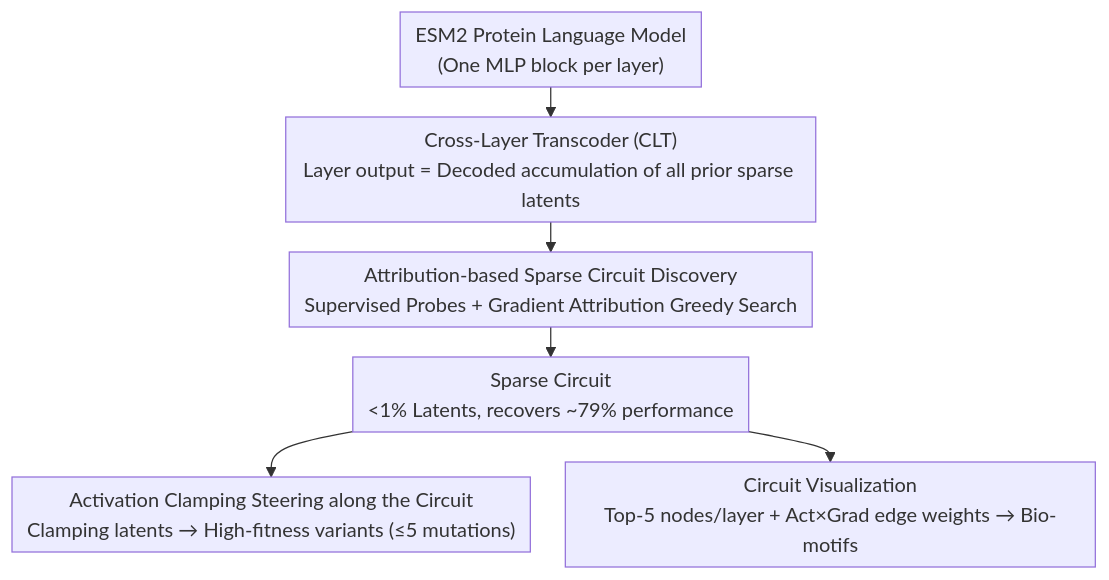
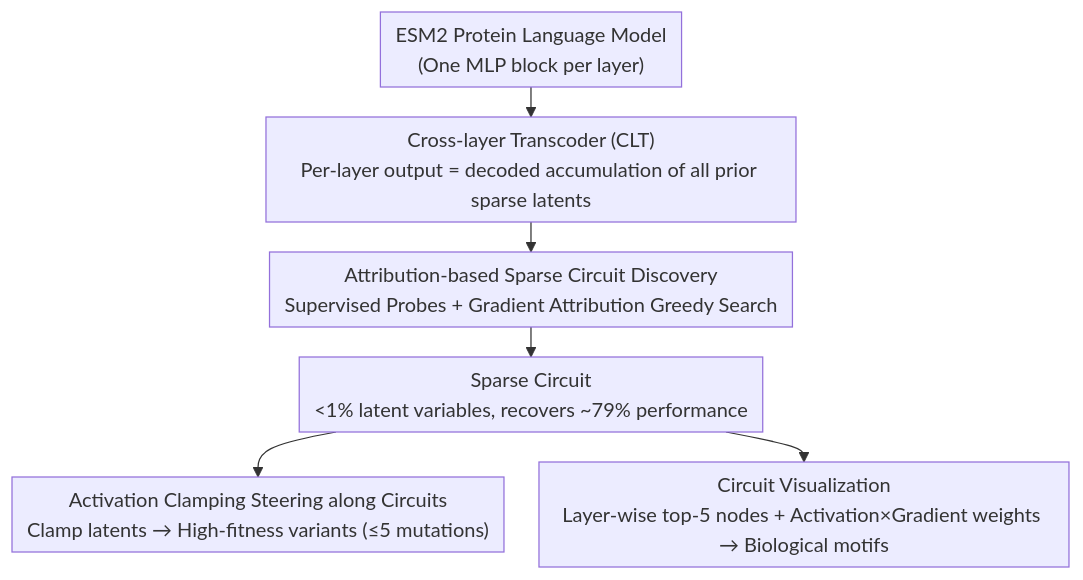
The diagram in docs/ICML2026/computational_biology/protein_circuit_tracing_via_cross-layer_transcoders.md (zhaoyang97/Paper-Notes-en), drawn with Mermaid before and after one commit. The commit also changed other lines of this file and 5084 other files, not shown here.

````diff
--- a/docs/ICML2026/computational_biology/protein_circuit_tracing_via_cross-layer_transcoders.md
+++ b/docs/ICML2026/computational_biology/protein_circuit_tracing_via_cross-layer_transcoders.md
@@ -46,9 +46,9 @@
 ```mermaid
 %%{init: {'flowchart': {'rankSpacing': 24, 'nodeSpacing': 28, 'padding': 6, 'wrappingWidth': 400}}}%%
 flowchart TD
-    A["ESM2 Protein Language Model<br/>(One MLP block per layer)"] --> B["Cross-Layer Transcoder (CLT)<br/>Layer output = Decoded accumulation of all prior sparse latents"]
+    A["ESM2 Protein Language Model<br/>(One MLP block per layer)"] --> B["Cross-layer Transcoder (CLT)<br/>Per-layer output = decoded accumulation of all prior sparse latents"]
     B --> C["Attribution-based Sparse Circuit Discovery<br/>Supervised Probes + Gradient Attribution Greedy Search"]
-    C --> D["Sparse Circuit<br/>&lt;1% Latents, recovers ~79% performance"]
-    D --> E["Activation Clamping Steering along the Circuit<br/>Clamping latents → High-fitness variants (≤5 mutations)"]
-    D --> F["Circuit Visualization<br/>Top-5 nodes/layer + Act×Grad edge weights → Bio-motifs"]
+    C --> D["Sparse Circuit<br/>&lt;1% latent variables, recovers ~79% performance"]
+    D --> E["Activation Clamping Steering along Circuits<br/>Clamp latents → High-fitness variants (≤5 mutations)"]
+    D --> F["Circuit Visualization<br/>Layer-wise top-5 nodes + Activation×Gradient weights → Biological motifs"]
 ```
````
